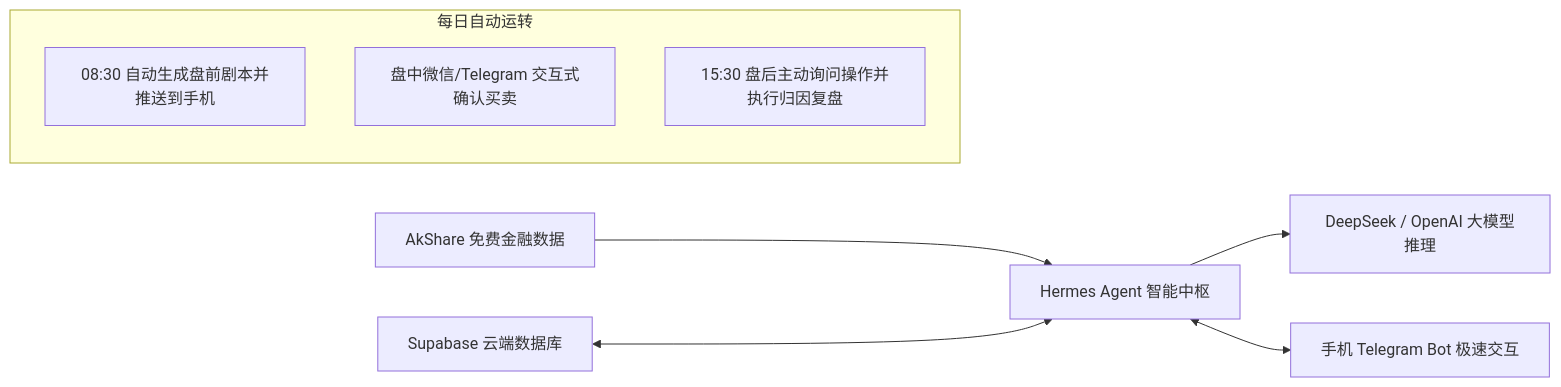
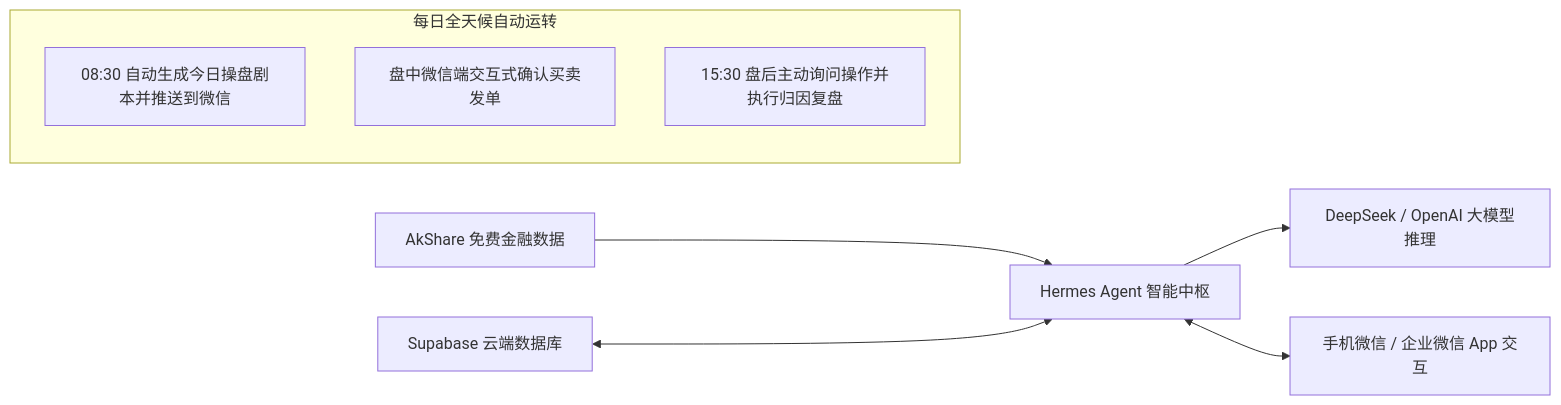
One commit to sinojelly/wealthsail changed the diagram in docs/03.WealthSail-MVP快速构建与实战指南.md. Above: the diagram before and after it, drawn with Mermaid. The commit also changed other lines of this file, not shown here.

````diff
--- a/docs/03.WealthSail-MVP快速构建与实战指南.md
+++ b/docs/03.WealthSail-MVP快速构建与实战指南.md
@@ -14,13 +14,13 @@
 ```mermaid
 flowchart LR
     A[AkShare 免费金融数据] --> B[Hermes Agent 智能中枢]
     C[Supabase 云端数据库] <--> B
     B --> D[DeepSeek / OpenAI 大模型推理]
-    B <--> E[手机 Telegram Bot 极速交互]
+    B <--> E[手机微信 / 企业微信 App 交互]
     
-    subgraph 每日自动运转
-        T1[08:30 自动生成盘前剧本并推送到手机]
-        T2[盘中微信/Telegram 交互式确认买卖]
+    subgraph 每日全天候自动运转
+        T1[08:30 自动生成今日操盘剧本并推送到微信]
+        T2[盘中微信端交互式确认买卖发单]
         T3[15:30 盘后主动询问操作并执行归因复盘]
     end
 ```
````
